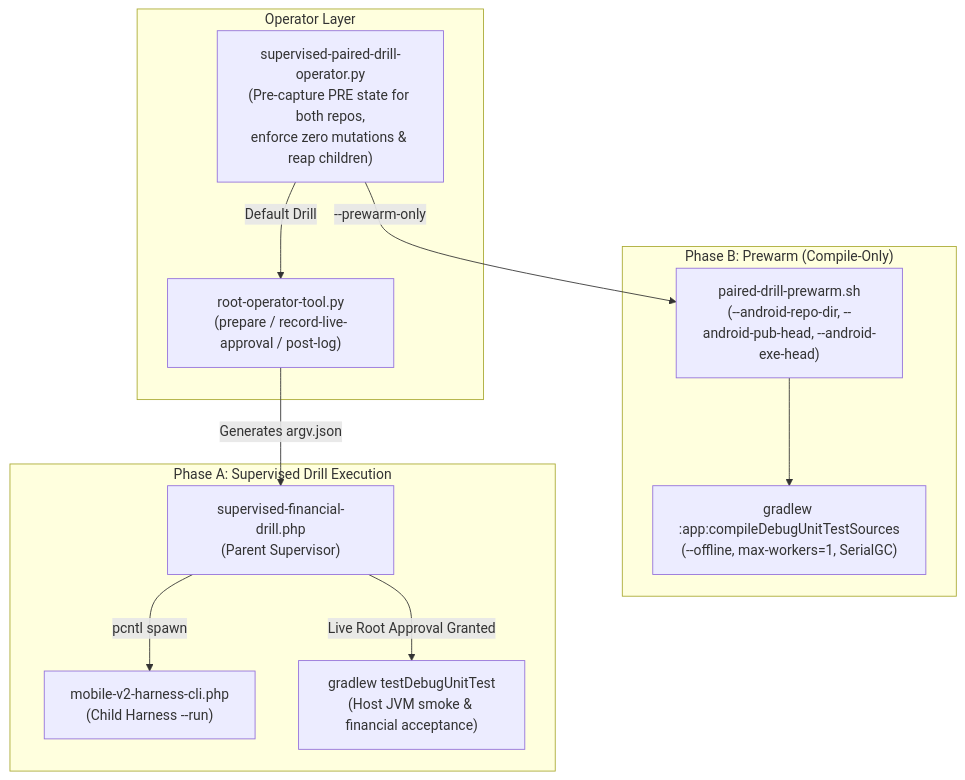
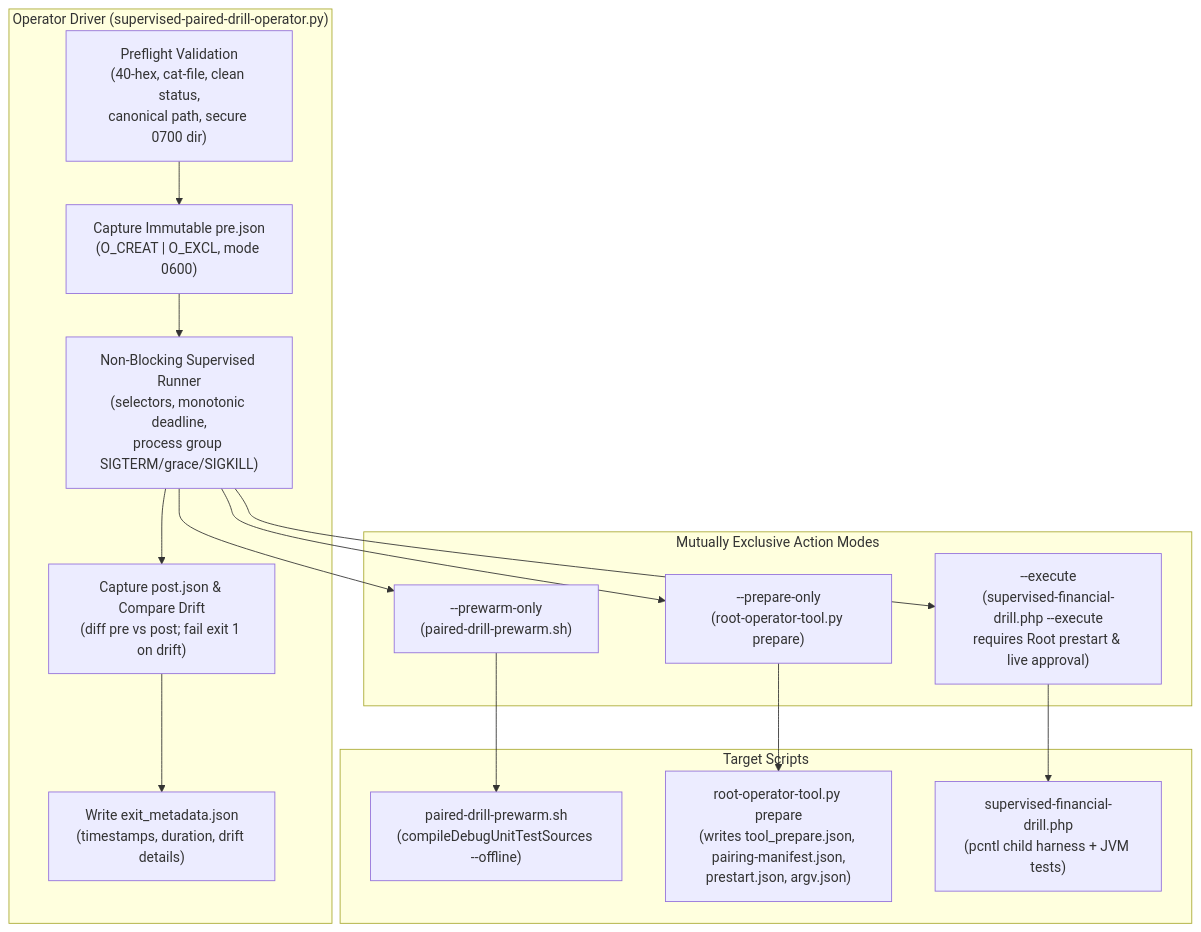
The diagram in docs/integration/mobile-v2-operator-runner-audit.md (Bassamalsaqqa/account), drawn with Mermaid before and after one commit. The commit also changed other lines of this file and 5 other files, not shown here.

Commit message:
fix(harness): resolve Root audit blocking defects across operator runners and attestation tools

````diff
--- a/docs/integration/mobile-v2-operator-runner-audit.md
+++ b/docs/integration/mobile-v2-operator-runner-audit.md
@@ -62,25 +94,31 @@
 ```mermaid
 flowchart TD
-    subgraph Operator ["Operator Layer"]
-        DRV["supervised-paired-drill-operator.py\n(Pre-capture PRE state for both repos,\nenforce zero mutations & reap children)"]
-        TOOL["root-operator-tool.py\n(prepare / record-live-approval / post-log)"]
+    subgraph Operator ["Operator Driver (supervised-paired-drill-operator.py)"]
+        VAL["Preflight Validation\n(40-hex, cat-file, clean status,\ncanonical path, secure 0700 dir)"]
+        PRE["Capture Immutable pre.json\n(O_CREAT | O_EXCL, mode 0600)"]
+        SEL["Non-Blocking Supervised Runner\n(selectors, monotonic deadline,\nprocess group SIGTERM/grace/SIGKILL)"]
+        POST["Capture post.json & Compare Drift\n(diff pre vs post; fail exit 1 on drift)"]
+        META["Write exit_metadata.json\n(timestamps, duration, drift details)"]
     end
 
-    subgraph Prewarm ["Phase B: Prewarm (Compile-Only)"]
-        SH["paired-drill-prewarm.sh\n(--android-repo-dir, --android-pub-head, --android-exe-head)"]
-        GRADLE_PRE["gradlew :app:compileDebugUnitTestSources\n(--offline, max-workers=1, SerialGC)"]
+    subgraph Modes ["Mutually Exclusive Action Modes"]
+        MODE_PREWARM["--prewarm-only\n(paired-drill-prewarm.sh)"]
+        MODE_PREP["--prepare-only\n(root-operator-tool.py prepare)"]
+        MODE_EXEC["--execute\n(supervised-financial-drill.php --execute\nrequires Root prestart & live approval)"]
     end
 
-    subgraph Supervisor ["Phase A: Supervised Drill Execution"]
-        DRIL_PHP["supervised-financial-drill.php\n(Parent Supervisor)"]
-        CLI_CHILD["mobile-v2-harness-cli.php\n(Child Harness --run)"]
-        GRADLE_DRILL["gradlew testDebugUnitTest\n(Host JVM smoke & financial acceptance)"]
+    subgraph Execution ["Target Scripts"]
+        SH["paired-drill-prewarm.sh\n(compileDebugUnitTestSources --offline)"]
+        TOOL["root-operator-tool.py prepare\n(writes tool_prepare.json, pairing-manifest.json,\nprestart.json, argv.json)"]
+        DRILL["supervised-financial-drill.php\n(pcntl child harness + JVM tests)"]
     end
 
-    DRV -->|"--prewarm-only"| SH
-    DRV -->|"Default Drill"| TOOL
-    SH --> GRADLE_PRE
-    TOOL -->|"Generates argv.json"| DRIL_PHP
-    DRIL_PHP -->|"pcntl spawn"| CLI_CHILD
-    DRIL_PHP -->|"Live Root Approval Granted"| GRADLE_DRILL
+    VAL --> PRE
+    PRE --> SEL
+    SEL --> MODE_PREWARM & MODE_PREP & MODE_EXEC
+    MODE_PREWARM --> SH
+    MODE_PREP --> TOOL
+    MODE_EXEC --> DRILL
+    SEL --> POST
+    POST --> META
 ```
````
